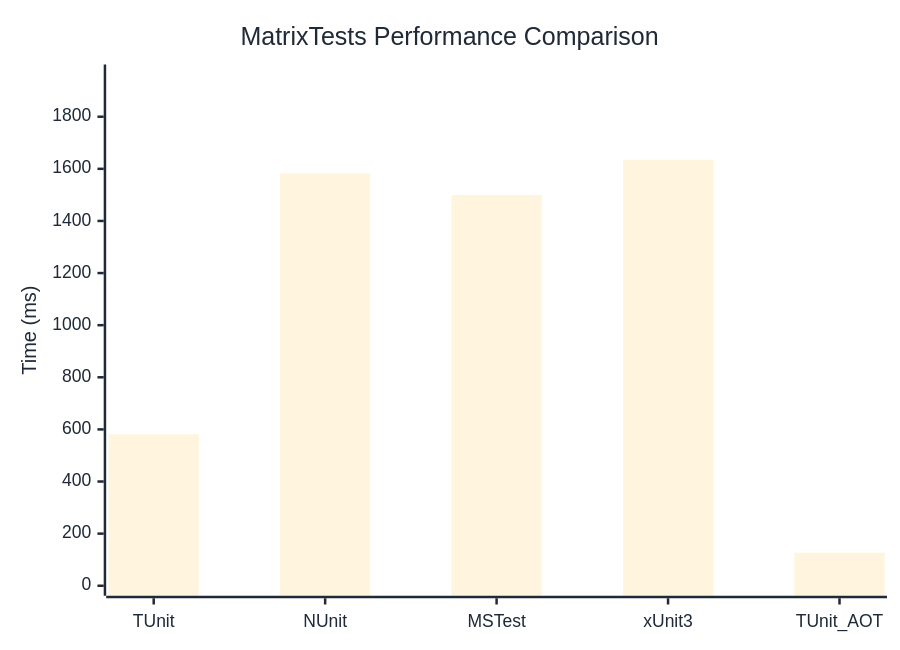
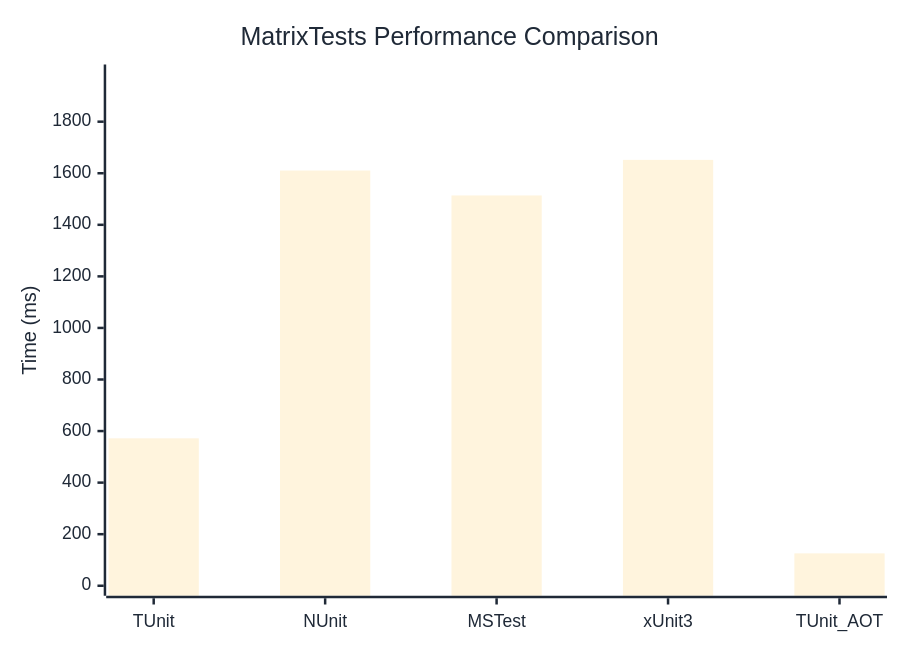
Before and after one commit to thomhurst/TUnit: the diagram in docs/docs/benchmarks/MatrixTests.md, drawn with Mermaid. The commit also changed other lines of this file and 17 other files, not shown here.

````diff
--- a/docs/docs/benchmarks/MatrixTests.md
+++ b/docs/docs/benchmarks/MatrixTests.md
@@ -27,37 +27,37 @@
 ```mermaid
 %%{init: {
   'theme':'base',
   'themeVariables': {
     'primaryColor': '#2563eb',
     'primaryTextColor': '#1f2937',
     'primaryBorderColor': '#1e40af',
     'lineColor': '#6b7280',
     'secondaryColor': '#7c3aed',
     'tertiaryColor': '#dc2626',
     'background': '#ffffff',
     'mainBkg': '#2563eb',
     'secondBkg': '#7c3aed',
     'tertiaryBkg': '#dc2626',
     'clusterBkg': '#f3f4f6',
     'edgeLabelBackground': '#ffffff',
     'tertiaryTextColor': '#1f2937',
     'pie1': '#2563eb',
     'pie2': '#7c3aed',
     'pie3': '#dc2626',
     'pie4': '#f59e0b',
     'pie5': '#10b981',
     'pie6': '#06b6d4',
     'pie7': '#ec4899',
     'pie8': '#6366f1',
     'pie9': '#84cc16',
     'pie10': '#f97316',
     'pie11': '#14b8a6',
     'pie12': '#a855f7'
   }
 }}%%
 xychart-beta
   title "MatrixTests Performance Comparison"
   x-axis ["TUnit", "NUnit", "MSTest", "xUnit3", "TUnit_AOT"]
-  y-axis "Time (ms)" 0 --> 1962
-  bar [581.3, 1582.4, 1499.3, 1634.6, 126.7]
+  y-axis "Time (ms)" 0 --> 1983
+  bar [571.8, 1610.5, 1513.9, 1651.9, 125.6]
 ```
````
